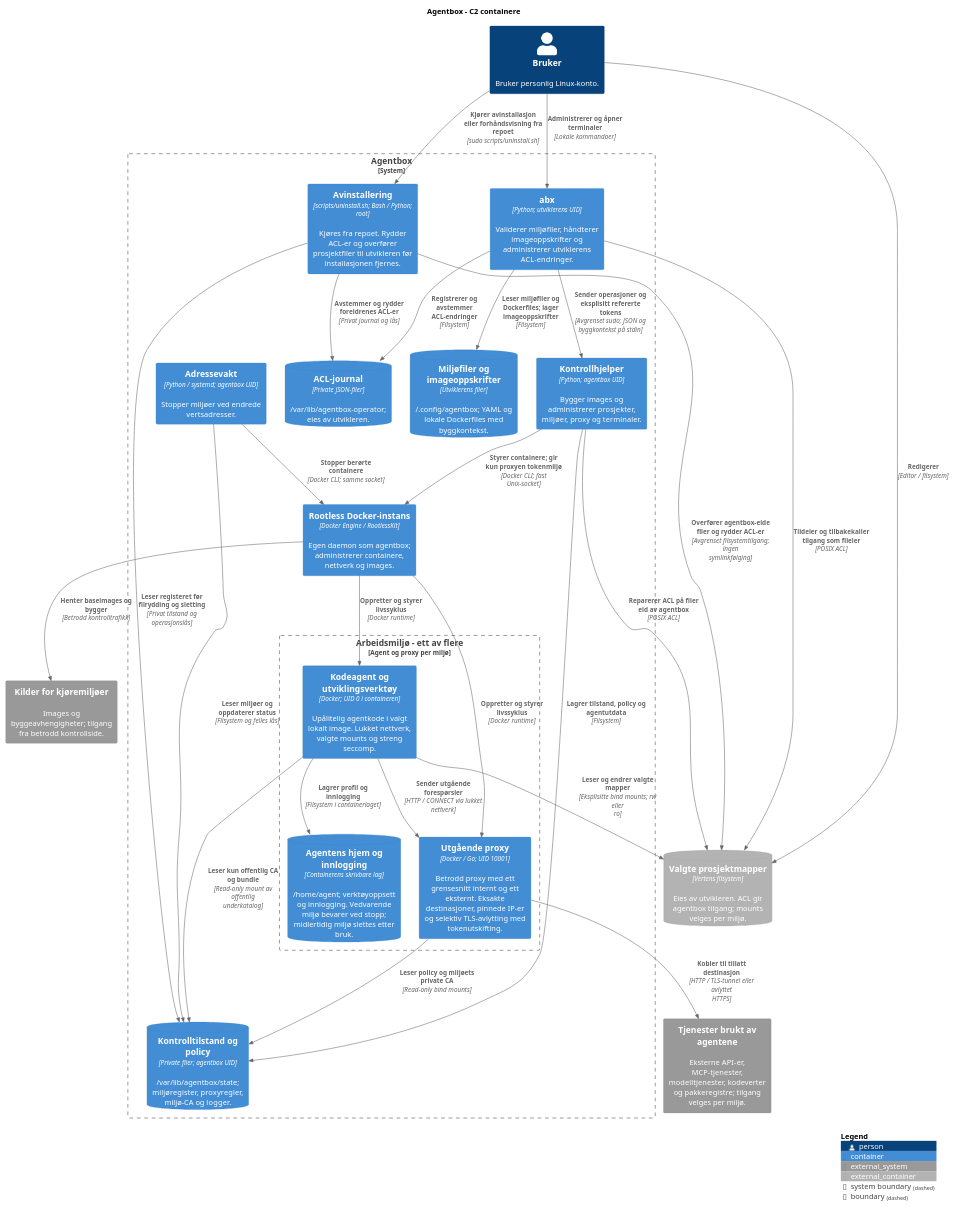
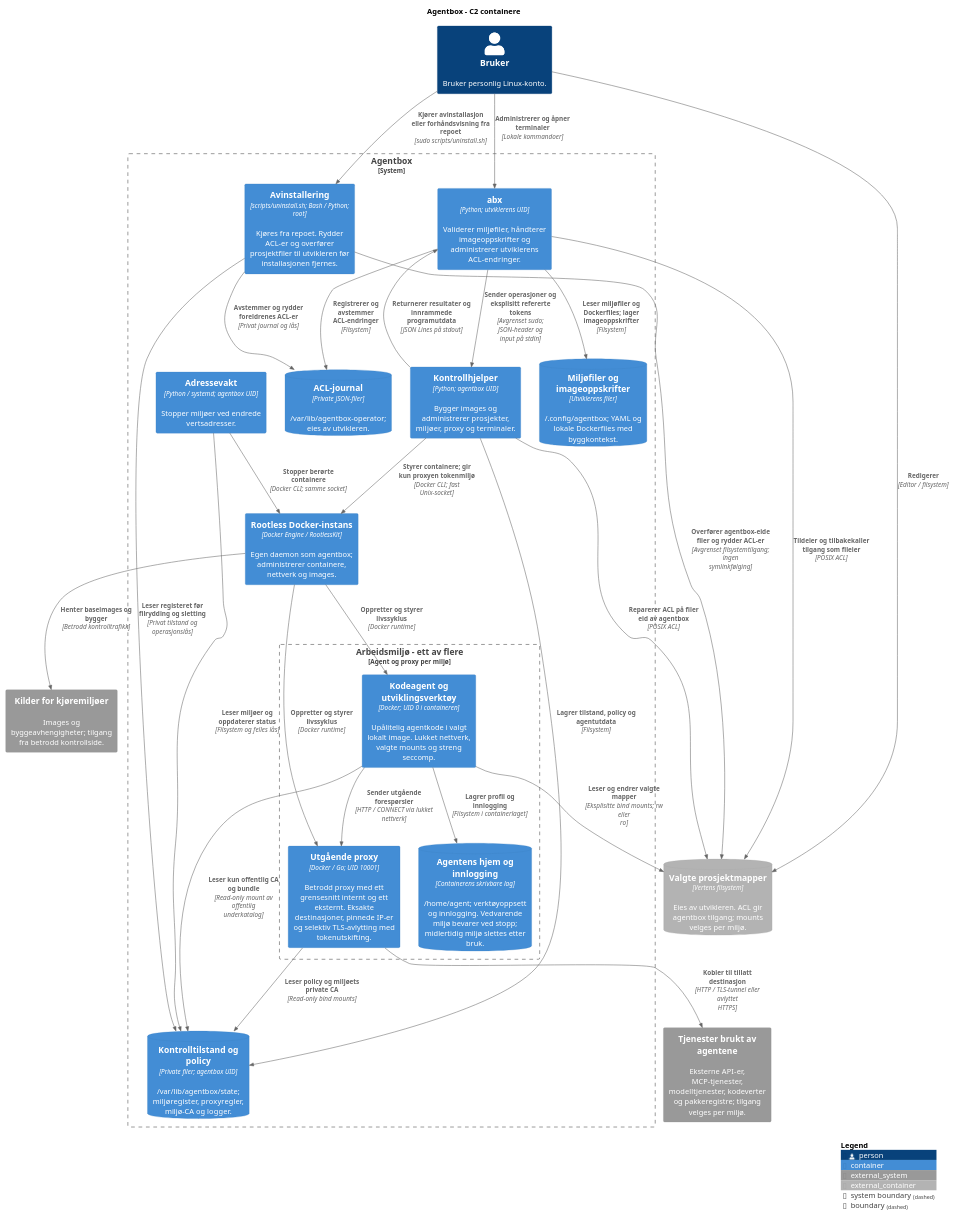
Before and after one commit to oisteink/agentbox: the second of 3 diagrams in docs/architecture-c4.md, drawn with PlantUML. The commit also changed 31 other files, not shown here.

````diff
--- a/docs/architecture-c4.md
+++ b/docs/architecture-c4.md
@@ -59,55 +59,56 @@
 ```plantuml
 @startuml agentbox-containers
 !include <C4/C4_Container>
 LAYOUT_TOP_DOWN()
 title Agentbox - C2 containere
 
 Person(developer, "Bruker", "Bruker personlig Linux-konto.")
 ContainerDb_Ext(projects, "Valgte prosjektmapper", "Vertens filsystem", "Eies av utvikleren. ACL gir agentbox tilgang; mounts velges per miljø.")
 System_Ext(services, "Tjenester brukt av agentene", "Eksterne API-er, MCP-tjenester, modelltjenester, kodeverter og pakkeregistre; tilgang velges per miljø.")
 System_Ext(registry, "Kilder for kjøremiljøer", "Images og byggeavhengigheter; tilgang fra betrodd kontrollside.")
 
 System_Boundary(agentbox, "Agentbox") {
     Container(cli, "abx", "Python; utviklerens UID", "Validerer miljøfiler, håndterer imageoppskrifter og administrerer utviklerens ACL-endringer.")
     ContainerDb(recipes, "Miljøfiler og imageoppskrifter", "Utviklerens filer", "~/.config/agentbox; YAML og lokale Dockerfiles med byggkontekst.")
     ContainerDb(journal, "ACL-journal", "Private JSON-filer", "/var/lib/agentbox-operator; eies av utvikleren.")
     Container(control, "Kontrollhjelper", "Python; agentbox UID", "Bygger images og administrerer prosjekter, miljøer, proxy og terminaler.")
     Container(uninstall, "Avinstallering", "scripts/uninstall.sh; Bash / Python; root", "Kjøres fra repoet. Rydder ACL-er og overfører prosjektfiler til utvikleren før installasjonen fjernes. ")
     Container(watch, "Adressevakt", "Python / systemd; agentbox UID", "Stopper miljøer ved endrede vertsadresser.")
     ContainerDb(state, "Kontrolltilstand og policy", "Private filer; agentbox UID", "/var/lib/agentbox/state; miljøregister, proxyregler, miljø-CA og logger.")
     Container(docker, "Rootless Docker-instans", "Docker Engine / RootlessKit", "Egen daemon som agentbox; administrerer containere, nettverk og images.")
 
     Boundary(environment, "Arbeidsmiljø - ett av flere", "Agent og proxy per miljø") {
         Container(agent, "Kodeagent og utviklingsverktøy", "Docker; UID 0 i containeren", "Upålitelig agentkode i valgt lokalt image. Lukket nettverk, valgte mounts og streng seccomp.")
         Container(proxy, "Utgående proxy", "Docker / Go; UID 10001", "Betrodd proxy med ett grensesnitt internt og ett eksternt. Eksakte destinasjoner, pinnede IP-er og selektiv TLS-avlytting med tokenutskifting.")
         ContainerDb(home, "Agentens hjem og innlogging", "Containerens skrivbare lag", "/home/agent; verktøyoppsett og innlogging. Vedvarende miljø bevarer ved stopp; midlertidig miljø slettes etter bruk.")
     }
 }
 
 Rel(developer, cli, "Administrerer og åpner terminaler", "Lokale kommandoer")
 Rel(developer, projects, "Redigerer", "Editor / filsystem")
 Rel(cli, recipes, "Leser miljøfiler og Dockerfiles; lager imageoppskrifter", "Filsystem")
 Rel(cli, journal, "Registrerer og avstemmer ACL-endringer", "Filsystem")
 Rel(cli, projects, "Tildeler og tilbakekaller tilgang som fileier", "POSIX ACL")
-Rel(cli, control, "Sender operasjoner og eksplisitt refererte tokens", "Avgrenset sudo; JSON og byggkontekst på stdin")
+Rel(cli, control, "Sender operasjoner og eksplisitt refererte tokens", "Avgrenset sudo; JSON-header og input på stdin")
+Rel(control, cli, "Returnerer resultater og innrammede programutdata", "JSON Lines på stdout")
 Rel(developer, uninstall, "Kjører avinstallasjon eller forhåndsvisning fra repoet", "sudo scripts/uninstall.sh")
 Rel(uninstall, projects, "Overfører agentbox-eide filer og rydder ACL-er", "Avgrenset filsystemtilgang; ingen symlinkfølging")
 Rel(uninstall, state, "Leser registeret før filrydding og sletting", "Privat tilstand og operasjonslås")
 Rel(uninstall, journal, "Avstemmer og rydder foreldrenes ACL-er", "Privat journal og lås")
 Rel(control, projects, "Reparerer ACL på filer eid av agentbox", "POSIX ACL")
 Rel(control, state, "Lagrer tilstand, policy og agentutdata", "Filsystem")
 Rel(watch, state, "Leser miljøer og oppdaterer status", "Filsystem og felles lås")
 Rel(control, docker, "Styrer containere; gir kun proxyen tokenmiljø", "Docker CLI; fast Unix-socket")
 Rel(watch, docker, "Stopper berørte containere", "Docker CLI; samme socket")
 Rel(docker, agent, "Oppretter og styrer livssyklus", "Docker runtime")
 Rel(docker, proxy, "Oppretter og styrer livssyklus", "Docker runtime")
 Rel(docker, registry, "Henter baseimages og bygger", "Betrodd kontrolltrafikk")
 Rel(agent, projects, "Leser og endrer valgte mapper", "Eksplisitte bind mounts; rw eller ro")
 Rel(agent, home, "Lagrer profil og innlogging", "Filsystem i containerlaget")
 Rel(agent, proxy, "Sender utgående forespørsler", "HTTP / CONNECT via lukket nettverk")
 Rel(proxy, state, "Leser policy og miljøets private CA", "Read-only bind mounts")
 Rel(agent, state, "Leser kun offentlig CA og bundle", "Read-only mount av offentlig underkatalog")
 Rel(proxy, services, "Kobler til tillatt destinasjon", "HTTP / TLS-tunnel eller avlyttet HTTPS")
 SHOW_LEGEND()
 @enduml
 ```
````
